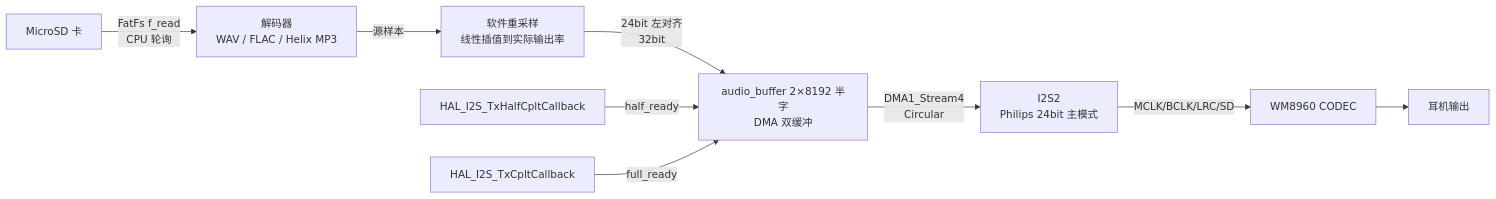
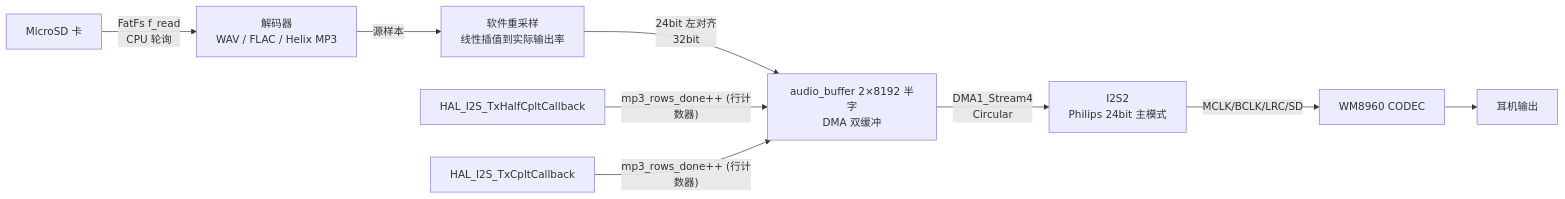
One commit to Idontwanastudy/-stm32-MP3-FLAC-WAV- changed the diagram in README.md. Above: the diagram before and after it, drawn with Mermaid. The commit also changed other lines of this file and 9 other files, not shown here.

````diff
--- a/README.md
+++ b/README.md
@@ -116,12 +126,12 @@
 ```mermaid
 graph LR
     A[MicroSD 卡] -->|FatFs f_read<br/>CPU 轮询| B[解码器<br/>WAV / FLAC / Helix MP3]
     B -->|源样本| C[软件重采样<br/>线性插值到实际输出率]
     C -->|24bit 左对齐<br/>32bit| D[audio_buffer 2×8192 半字<br/>DMA 双缓冲]
     D -->|DMA1_Stream4<br/>Circular| E[I2S2<br/>Philips 24bit 主模式]
     E -->|MCLK/BCLK/LRC/SD| F[WM8960 CODEC]
     F --> G[耳机输出]
 
-    H[HAL_I2S_TxHalfCpltCallback] -->|half_ready| D
-    I[HAL_I2S_TxCpltCallback] -->|full_ready| D
+    H[HAL_I2S_TxHalfCpltCallback] -->|"mp3_rows_done++ (行计数器)"| D
+    I[HAL_I2S_TxCpltCallback] -->|"mp3_rows_done++ (行计数器)"| D
 ```
````
